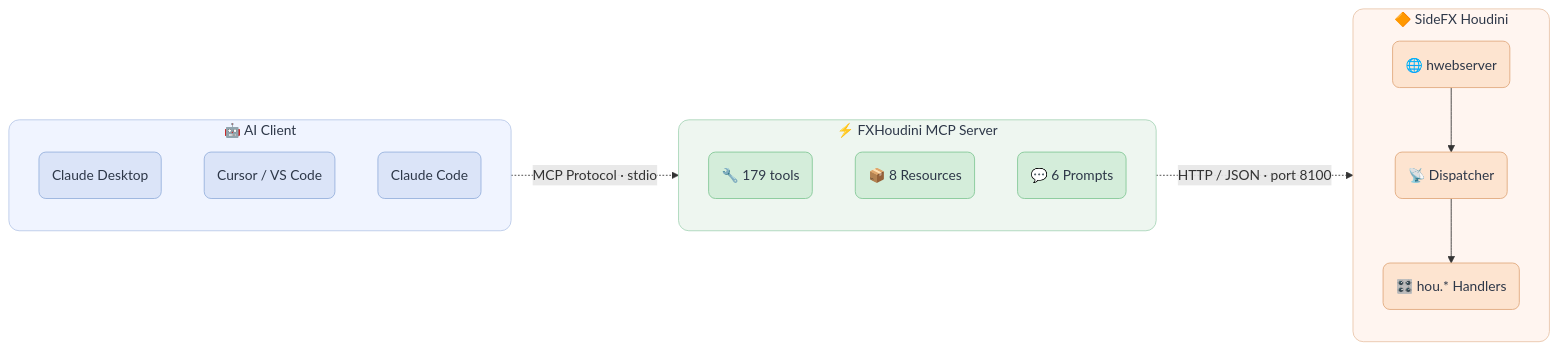
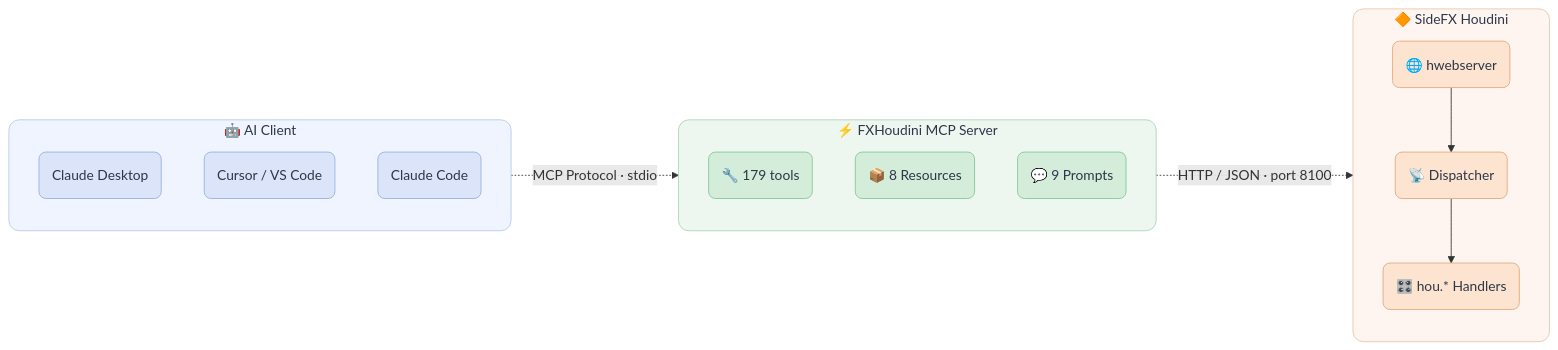
Before and after one commit to Ced04826/fxhoudinimcp: the diagram in README.md, drawn with Mermaid. The commit also changed other lines of this file and 146 other files, not shown here.

````diff
--- a/README.md
+++ b/README.md
@@ -89,42 +89,42 @@
 ```mermaid
 flowchart LR
     subgraph Client[" 🤖 AI Client "]
         direction TB
         A1("Claude Desktop")
         A2("Cursor / VS Code")
         A3("Claude Code")
     end
 
     subgraph MCP[" ⚡ FXHoudini MCP Server "]
         direction TB
         B1("🔧 179 tools")
         B2("📦 8 Resources")
-        B3("💬 6 Prompts")
+        B3("💬 9 Prompts")
     end
 
     subgraph Houdini[" 🔶 SideFX Houdini "]
         direction TB
         C1("🌐 hwebserver")
         C2("📡 Dispatcher")
         C3("🎛️ hou.* Handlers")
         C1 --> C2 --> C3
     end
 
     Client -. "MCP Protocol · stdio" .-> MCP
     MCP -. "HTTP / JSON · port 8100" .-> Houdini
 
     classDef clientBox fill:#f0f4ff,stroke:#b8c9e8,stroke-width:1px,color:#2d3748,rx:12,ry:12
     classDef mcpBox fill:#eef6f0,stroke:#a8d5b8,stroke-width:1px,color:#2d3748,rx:12,ry:12
     classDef houdiniBox fill:#fff5f0,stroke:#e8c4a8,stroke-width:1px,color:#2d3748,rx:12,ry:12
 
     classDef clientNode fill:#dbe4f8,stroke:#96b0dc,stroke-width:1px,color:#2d3748,rx:8,ry:8
     classDef mcpNode fill:#d4edda,stroke:#82c896,stroke-width:1px,color:#2d3748,rx:8,ry:8
     classDef houdiniNode fill:#fde4d0,stroke:#e0a87c,stroke-width:1px,color:#2d3748,rx:8,ry:8
 
     class Client clientBox
     class MCP mcpBox
     class Houdini houdiniBox
     class A1,A2,A3 clientNode
     class B1,B2,B3 mcpNode
     class C1,C2,C3 houdiniNode
 ```
````
